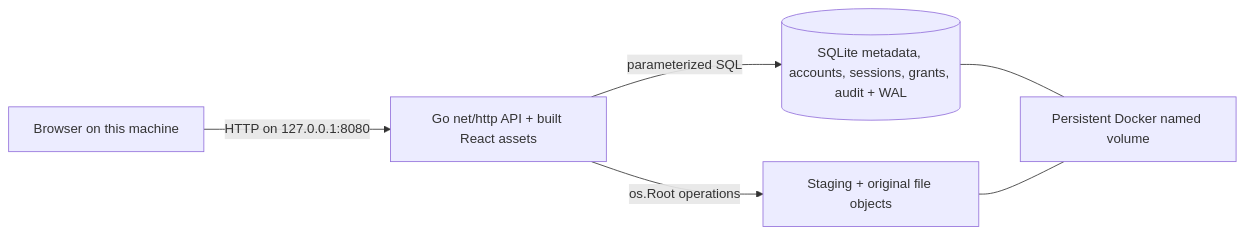
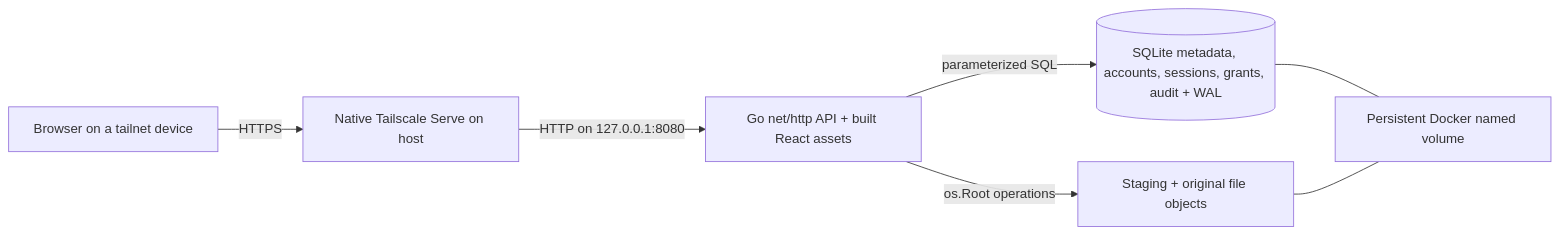
The diagram in docs/architecture.md (pinkhit/vault), drawn with Mermaid before and after one commit. The commit also changed other lines of this file and 5 other files, not shown here.

````diff
--- a/docs/architecture.md
+++ b/docs/architecture.md
@@ -7,8 +7,9 @@
 ```mermaid
 flowchart LR
-    B[Browser on this machine] -->|HTTP on 127.0.0.1:8080| G[Go net/http API + built React assets]
+    B[Browser on a tailnet device] -->|HTTPS| T[Native Tailscale Serve on host]
+    T -->|HTTP on 127.0.0.1:8080| G[Go net/http API + built React assets]
     G -->|parameterized SQL| D[(SQLite metadata, accounts, sessions, grants, audit + WAL)]
     G -->|os.Root operations| S[Staging + original file objects]
     D --- V[Persistent Docker named volume]
     S --- V
 ```
````
